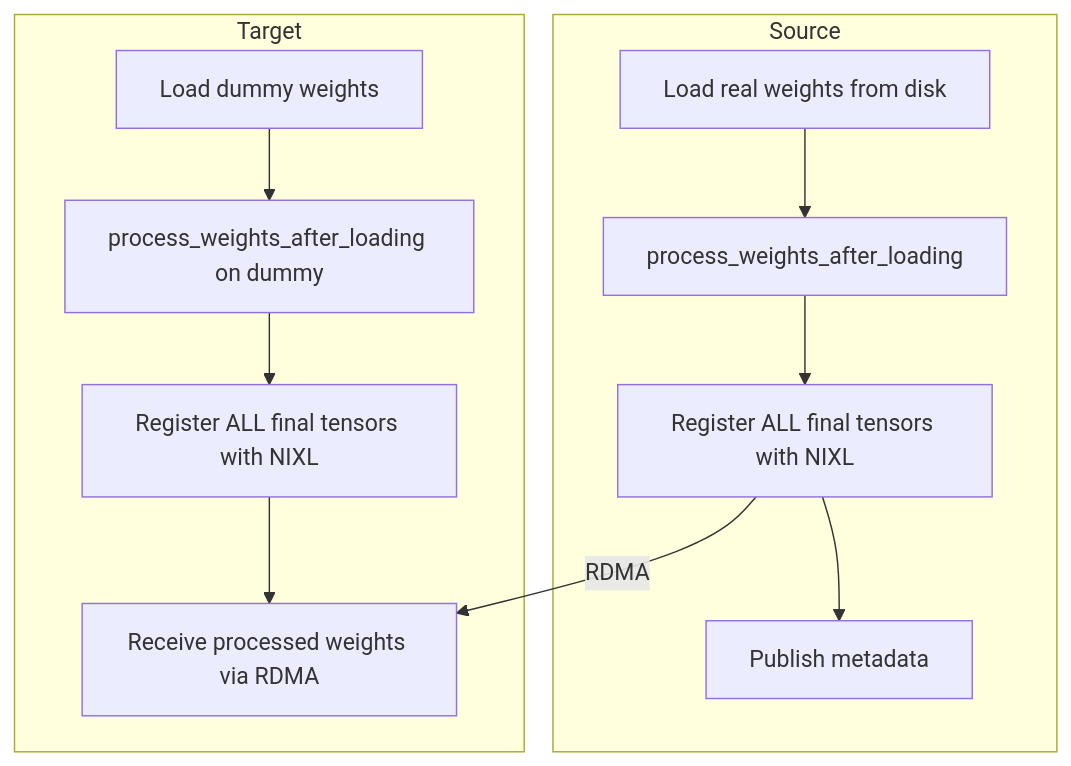
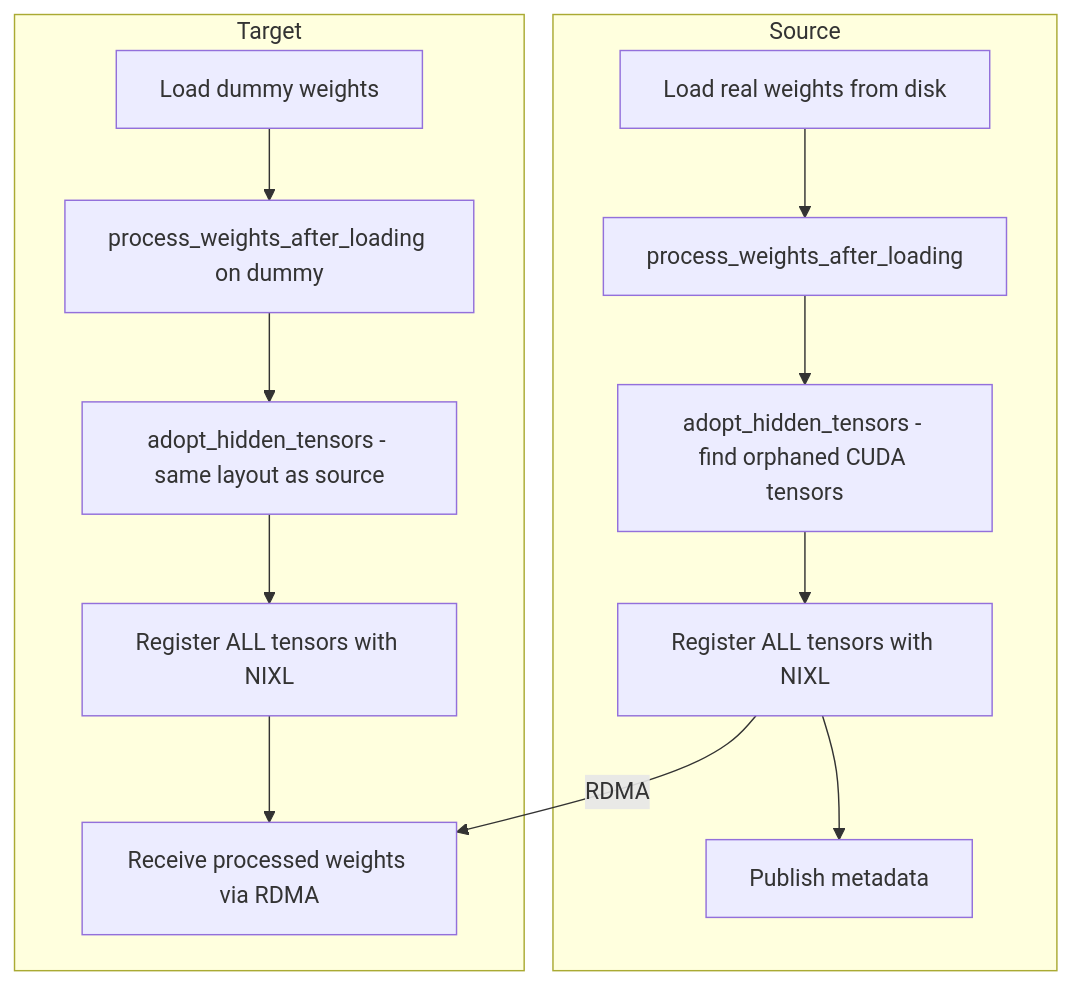
One commit to ai-dynamo/modelexpress changed the second of 2 diagrams in docs/ARCHITECTURE.md. Above: the diagram before and after it, drawn with Mermaid. The commit also changed other lines of this file and 17 other files, not shown here.

Commit message:
fix: adopt hidden CUDA tensors for correct P2P RDMA inference (#241)

````diff
--- a/docs/ARCHITECTURE.md
+++ b/docs/ARCHITECTURE.md
@@ -581,18 +590,20 @@
 ```mermaid
 graph TD
     subgraph Source
         S1[Load real weights from disk]
         S2[process_weights_after_loading]
-        S3[Register ALL final tensors with NIXL]
-        S4[Publish metadata]
-        S1 --> S2 --> S3 --> S4
+        S3[adopt_hidden_tensors - find orphaned CUDA tensors]
+        S4[Register ALL tensors with NIXL]
+        S5[Publish metadata]
+        S1 --> S2 --> S3 --> S4 --> S5
     end
     subgraph Target
         T1[Load dummy weights]
         T2[process_weights_after_loading on dummy]
-        T3[Register ALL final tensors with NIXL]
-        T4[Receive processed weights via RDMA]
-        T1 --> T2 --> T3 --> T4
+        T3[adopt_hidden_tensors - same layout as source]
+        T4[Register ALL tensors with NIXL]
+        T5[Receive processed weights via RDMA]
+        T1 --> T2 --> T3 --> T4 --> T5
     end
-    S3 -- "RDMA" --> T4
+    S4 -- "RDMA" --> T5
 ```
````
